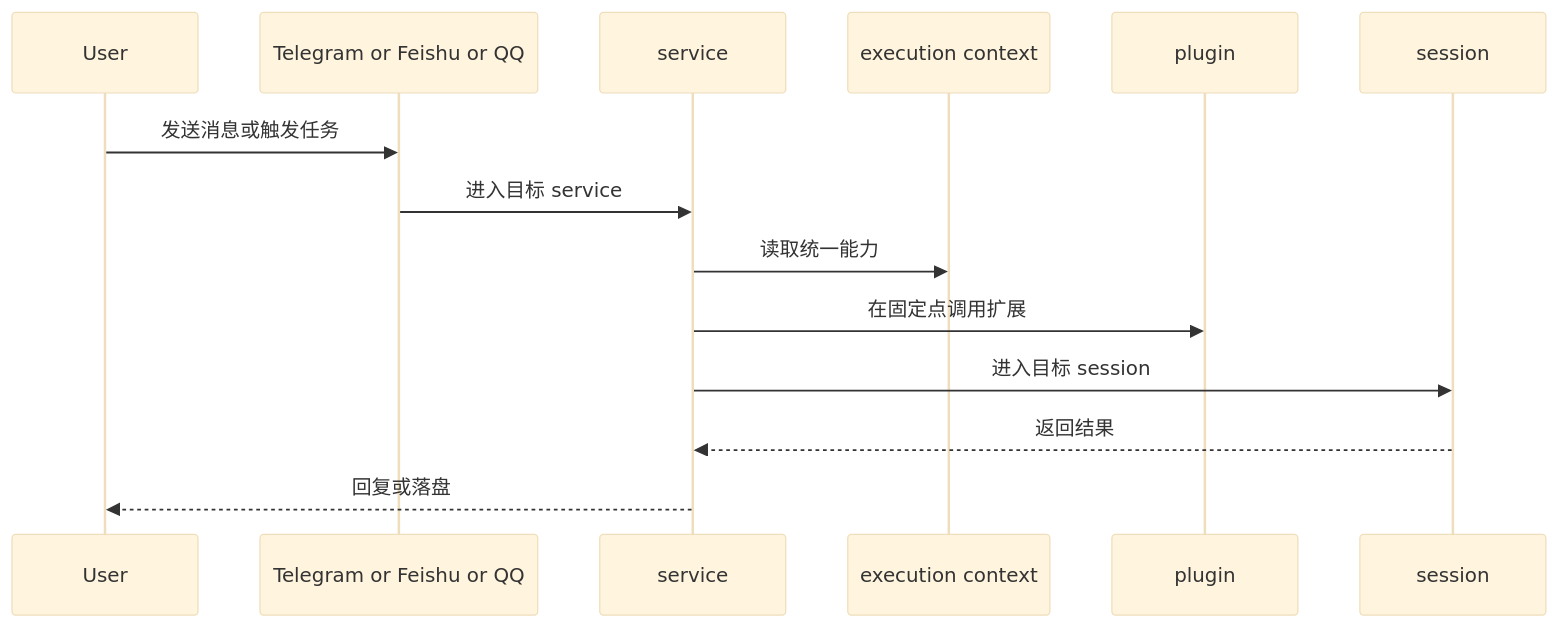
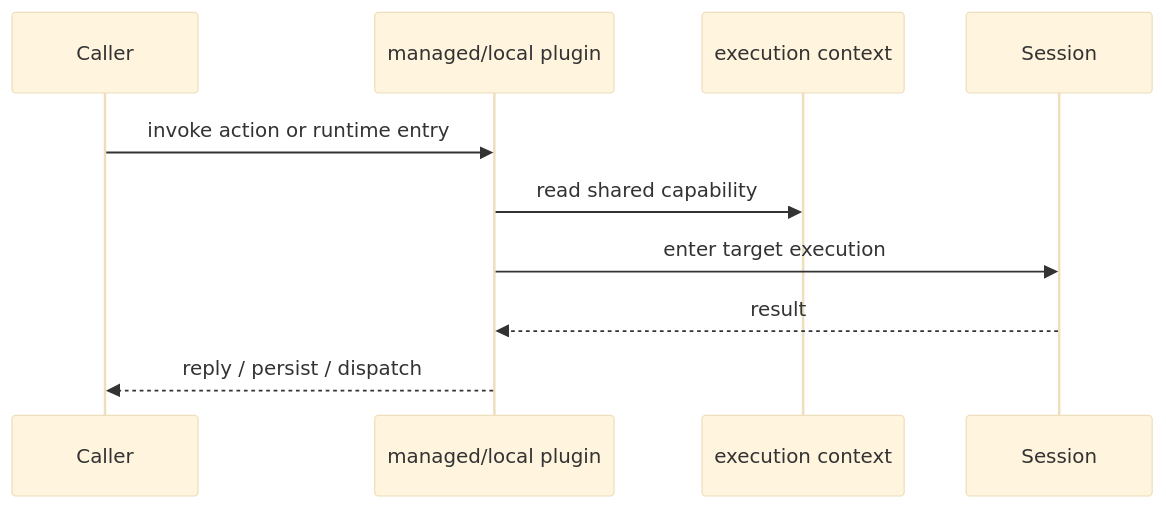
The diagram in homepage/content/docs/zh/concepts/logic-map.mdx (wangenius/downcity), drawn with Mermaid (base theme) before and after one commit. The commit also changed other lines of this file and 433 other files, not shown here.

Commit message:
refactor(agent,city): unify plugin-session architecture

````diff
--- a/homepage/content/docs/zh/concepts/logic-map.mdx
+++ b/homepage/content/docs/zh/concepts/logic-map.mdx
@@ -46,17 +22,13 @@
 ```mermaid
 sequenceDiagram
-  participant User as User
-  participant Channel as Telegram or Feishu or QQ
-  participant Service as service
+  participant Caller
+  participant Plugin as managed/local plugin
   participant Context as execution context
-  participant Plugin as plugin
-  participant Session as session
+  participant Session
 
-  User->>Channel: 发送消息或触发任务
-  Channel->>Service: 进入目标 service
-  Service->>Context: 读取统一能力
-  Service->>Plugin: 在固定点调用扩展
-  Service->>Session: 进入目标 session
-  Session-->>Service: 返回结果
-  Service-->>User: 回复或落盘
+  Caller->>Plugin: invoke action or runtime entry
+  Plugin->>Context: read shared capability
+  Plugin->>Session: enter target execution
+  Session-->>Plugin: result
+  Plugin-->>Caller: reply / persist / dispatch
 ```
````
